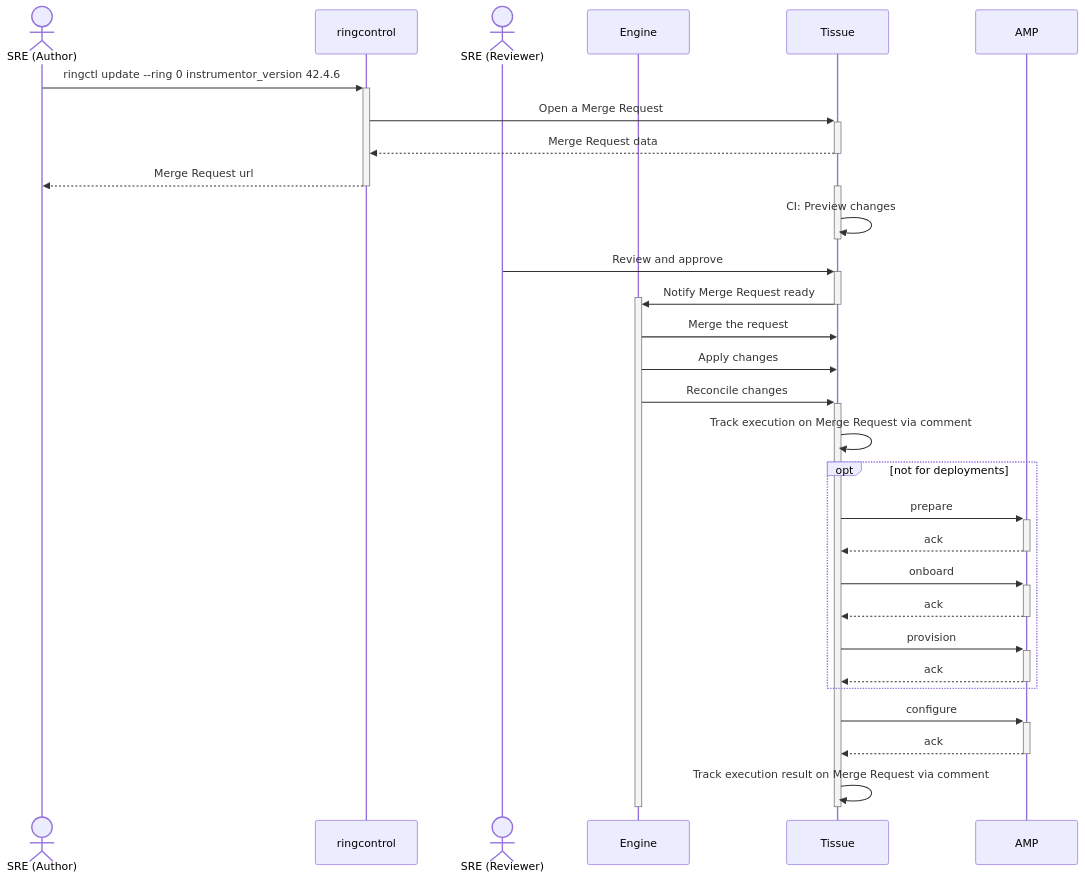
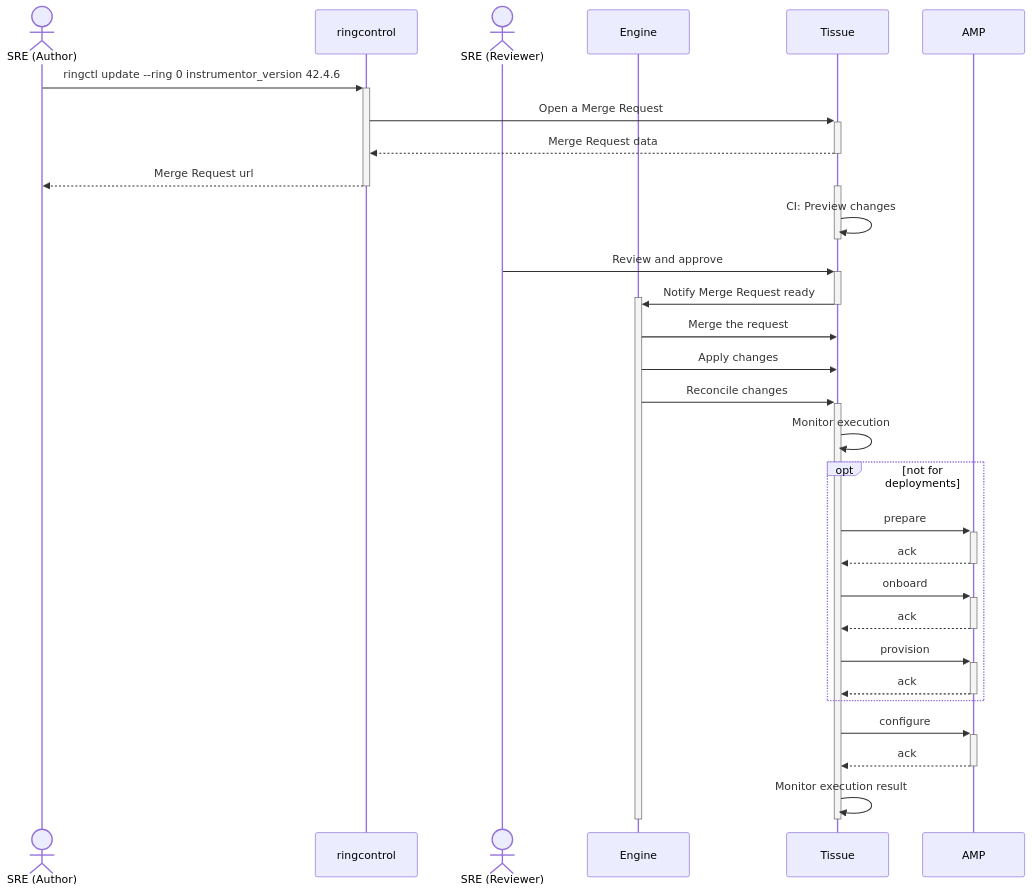
The diagram in content/handbook/engineering/architecture/design-documents/cells/infrastructure/managing_changes.md (secretstartups/handbook), drawn with Mermaid before and after one commit.

Commit message:
Don't deal with implementation details about how to track the execution results

````diff
--- a/content/handbook/engineering/architecture/design-documents/cells/infrastructure/managing_changes.md
+++ b/content/handbook/engineering/architecture/design-documents/cells/infrastructure/managing_changes.md
@@ -56,45 +56,45 @@
 ```mermaid
 sequenceDiagram
     actor s1 as SRE (Author)
     participant rc as ringcontrol
     actor s2 as SRE (Reviewer)
     participant o as Engine
     participant t as Tissue
     participant a as AMP
 
     s1 ->> +rc: ringctl update --ring 0 instrumentor_version 42.4.6
     rc ->> +t: Open a Merge Request
     t -->> -rc: Merge Request data
     rc -->> -s1: Merge Request url
 
     activate t
     t ->> t: CI: Preview changes
     deactivate t
 
     s2 ->> +t: Review and approve
     t ->> +o: Notify Merge Request ready
     deactivate t
 
     o ->> t: Merge the request
     o ->> t: Apply changes
     o ->> +t: Reconcile changes
-    t ->> t: Track execution on Merge Request via comment
+    t ->> t: Monitor execution
 
     opt not for deployments
     t ->> +a: prepare
     a -->> -t: ack
 
     t ->> +a: onboard
     a -->> -t: ack
 
     t ->> +a: provision
     a -->> -t: ack
     end
 
     t ->> +a: configure
     a -->> -t: ack
 
-    t ->> t: Track execution result on Merge Request via comment
+    t ->> t: Monitor execution result
     deactivate t
     deactivate o
 ```
````
